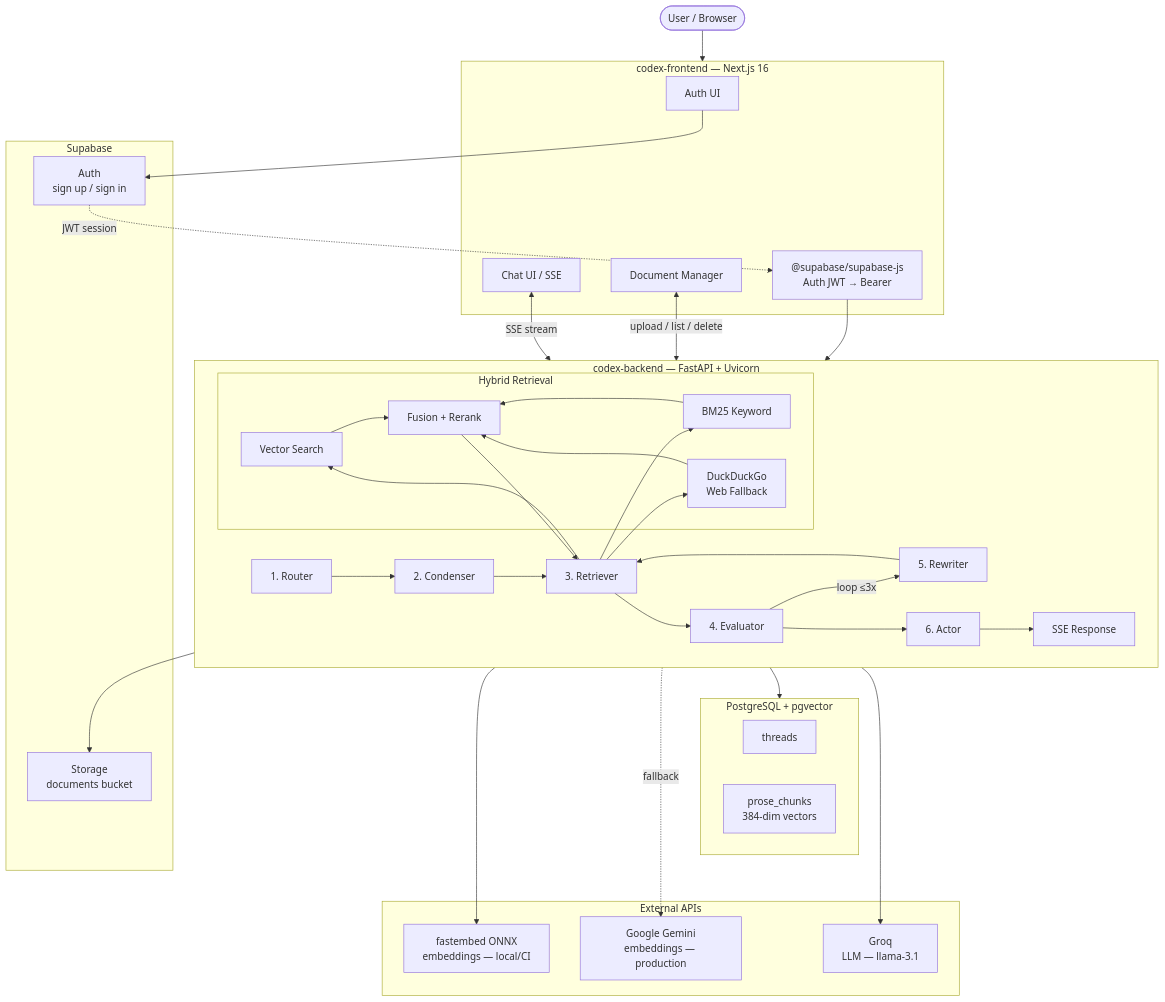
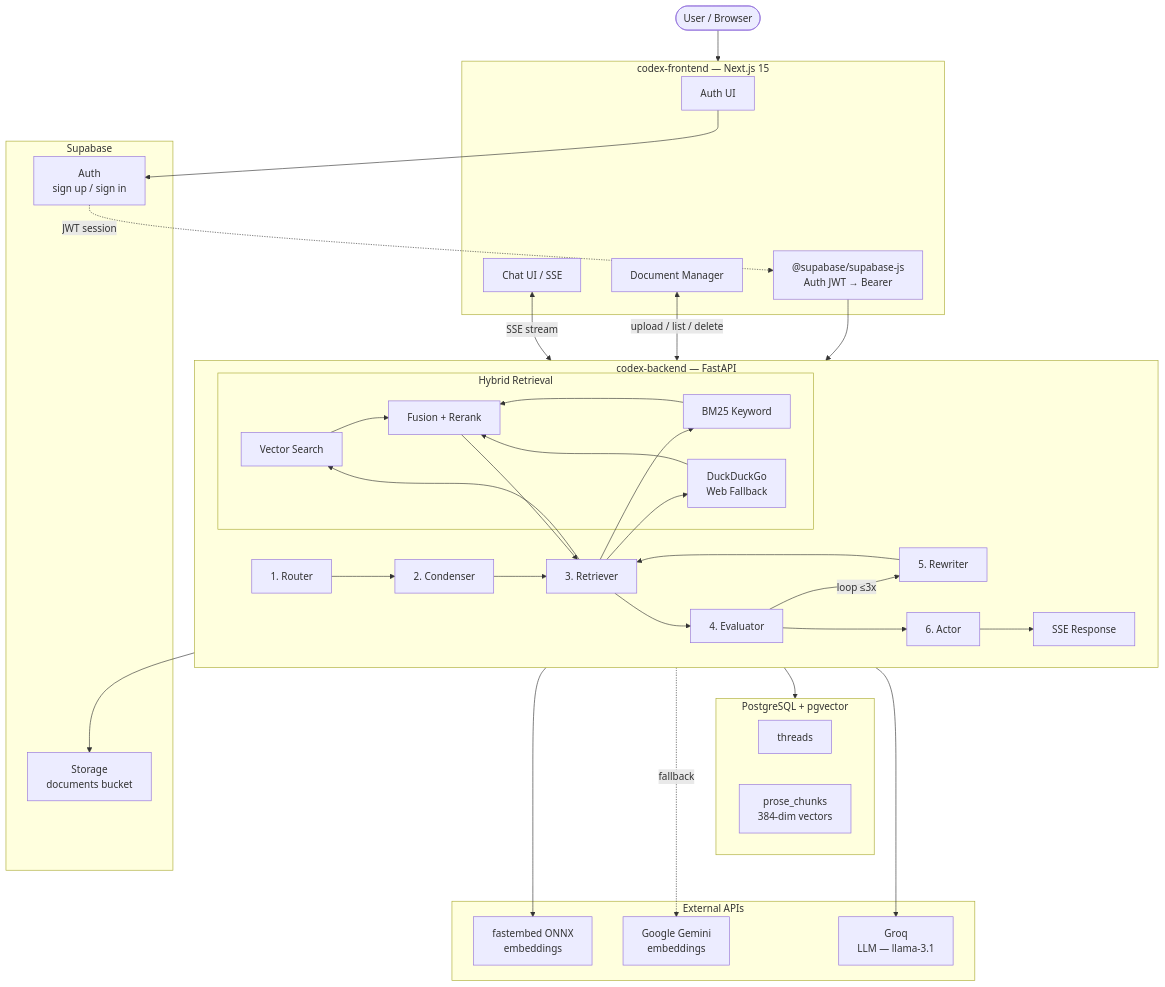
One commit to anmolsharma152/CodexEngine changed the diagram in README.md. Above: the diagram before and after it, drawn with Mermaid. The commit also changed other lines of this file, not shown here.

Commit message:
docs: friendly README intro, move diagram below quick start

````diff
--- a/README.md
+++ b/README.md
@@ -7,63 +50,63 @@
 ```mermaid
 flowchart TD
     User([User / Browser])
 
-    subgraph Frontend [codex-frontend — Next.js 16]
+    subgraph Frontend [codex-frontend — Next.js 15]
         AuthUI[Auth UI]
         ChatUI[Chat UI / SSE]
         DocMgr[Document Manager]
         SupaSDK["@supabase/supabase-js<br>Auth JWT → Bearer"]
     end
 
     subgraph Supabase [Supabase]
         SA[Auth<br>sign up / sign in]
         SB[Storage<br>documents bucket]
     end
 
-    subgraph Backend [codex-backend — FastAPI + Uvicorn]
+    subgraph Backend [codex-backend — FastAPI]
         direction LR
         R[1. Router] --> C[2. Condenser] --> Ret[3. Retriever]
         Ret --> E[4. Evaluator]
         E -->|loop ≤3x| RW[5. Rewriter]
         RW --> Ret
         E --> A[6. Actor]
         A --> Resp[SSE Response]
 
         subgraph Retrieval [Hybrid Retrieval]
             VEC[Vector Search]
             BM[BM25 Keyword]
             WEB[DuckDuckGo<br>Web Fallback]
             Fuse[Fusion + Rerank]
         end
     end
 
     subgraph DB [PostgreSQL + pgvector]
         Threads[threads]
         Chunks[prose_chunks<br>384-dim vectors]
     end
 
     subgraph External [External APIs]
         Groq[Groq<br>LLM — llama-3.1]
-        Gemini[Google Gemini<br>embeddings — production]
-        FastEmbed[fastembed ONNX<br>embeddings — local/CI]
+        Gemini[Google Gemini<br>embeddings]
+        FastEmbed[fastembed ONNX<br>embeddings]
     end
 
     User --> Frontend
     AuthUI --> SA
     SA -.->|JWT session| SupaSDK
     SupaSDK --> Backend
     ChatUI <-->|SSE stream| Backend
     DocMgr <-->|upload / list / delete| Backend
 
     Backend --> SB
     Backend --> DB
     Ret --> VEC
     Ret --> BM
     Ret --> WEB
     VEC & BM & WEB --> Fuse
     Fuse --> Ret
 
     VEC ---> FastEmbed
     VEC -.->|fallback| Gemini
     Backend ---> Groq
 ```
````
